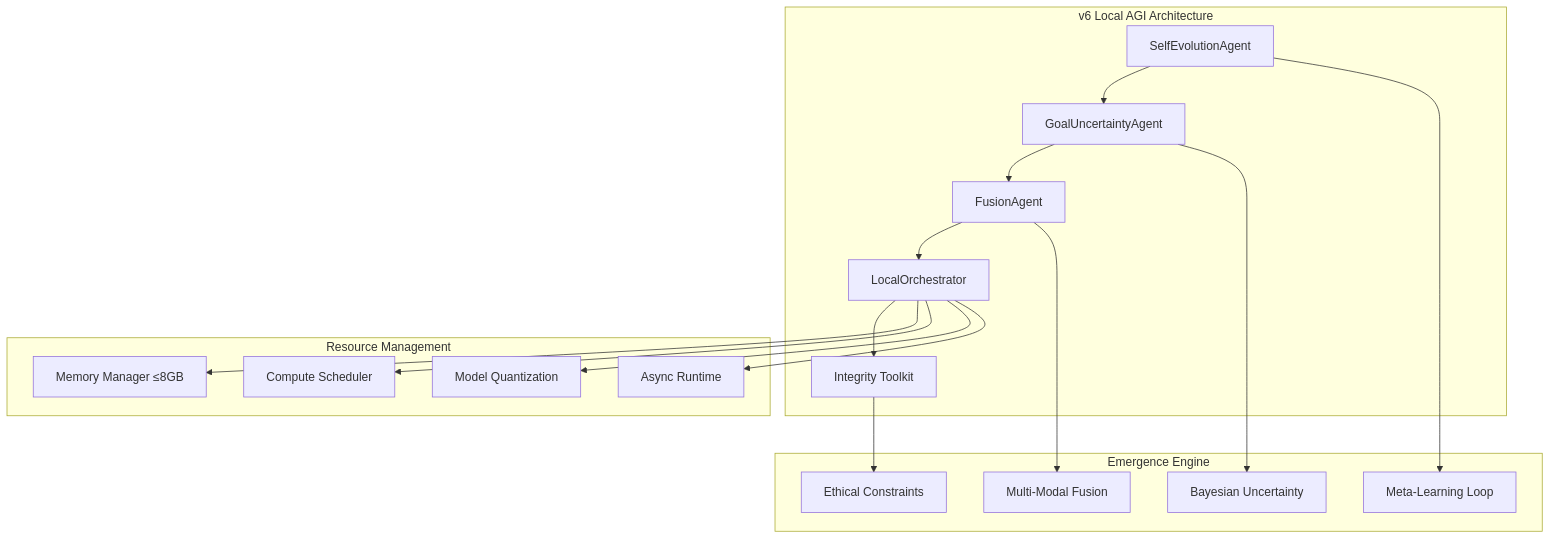
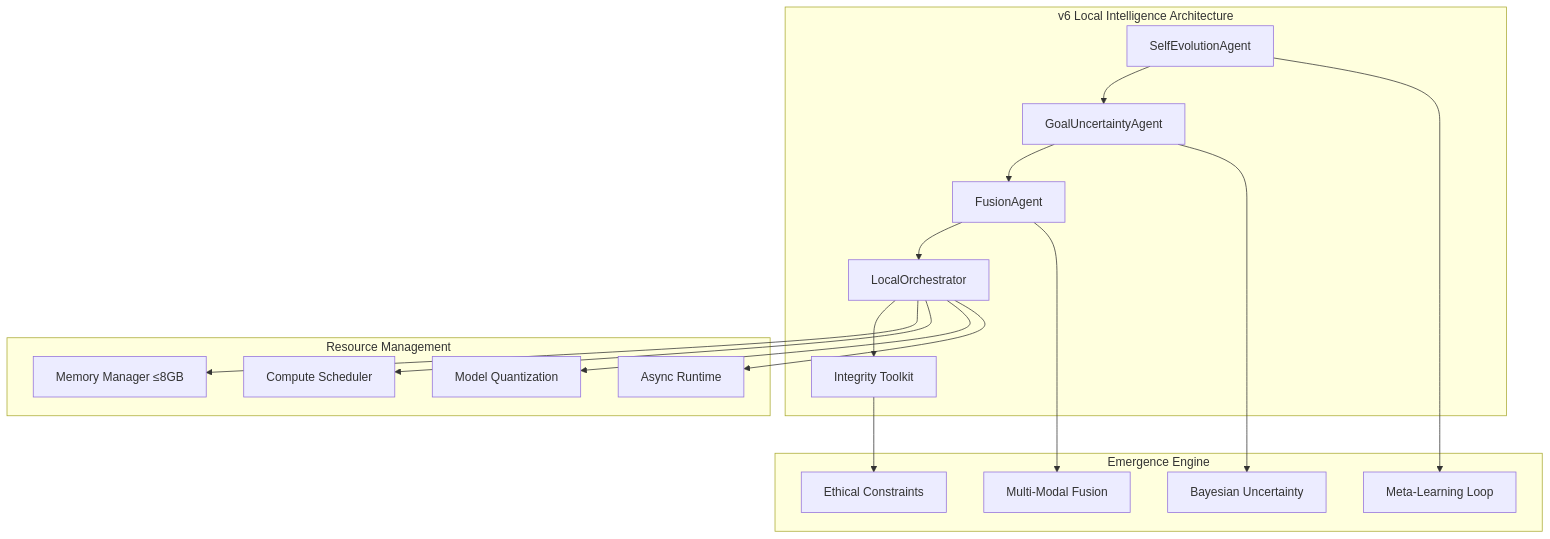
One commit to Organica-Ai-Solutions/NIS_Protocol changed the third of 3 diagrams in docs/NIS_PROTOCOL_V4_V5_V6_BLUEPRINT.md. Above: the diagram before and after it, drawn with Mermaid. The commit also changed other lines of this file and 37 other files, not shown here.

````diff
--- a/docs/NIS_PROTOCOL_V4_V5_V6_BLUEPRINT.md
+++ b/docs/NIS_PROTOCOL_V4_V5_V6_BLUEPRINT.md
@@ -248,33 +248,33 @@
 ```mermaid
 graph TB
-    subgraph "v6 Local AGI Architecture"
+    subgraph "v6 Local Intelligence Architecture"
         A[SelfEvolutionAgent] --> B[GoalUncertaintyAgent]
         B --> C[FusionAgent]
         C --> D[LocalOrchestrator]
         D --> E[Integrity Toolkit]
     end
     
     subgraph "Resource Management"
         F[Memory Manager ≤8GB]
         G[Compute Scheduler]
         H[Model Quantization]
         I[Async Runtime]
     end
     
     subgraph "Emergence Engine"
         J[Meta-Learning Loop]
         K[Bayesian Uncertainty]
         L[Multi-Modal Fusion]
         M[Ethical Constraints]
     end
     
     D --> F
     D --> G
     D --> H
     D --> I
     
     A --> J
     B --> K
     C --> L
     E --> M
 ```
````
